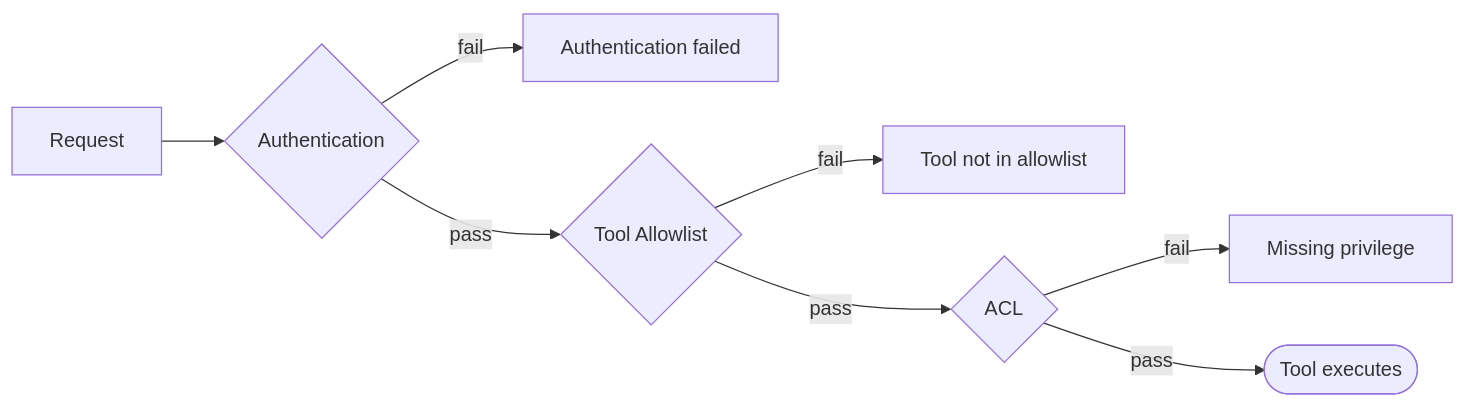
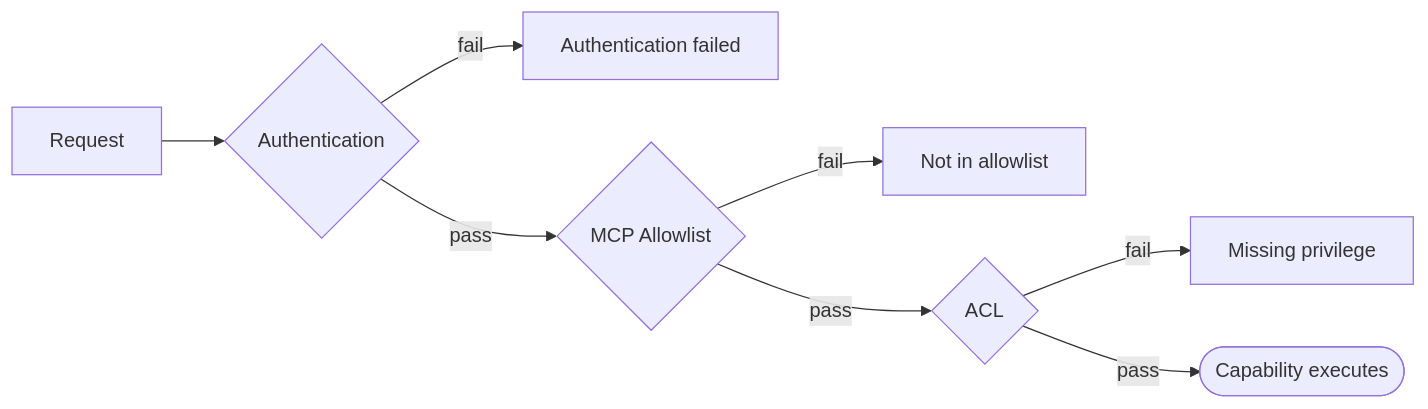
Before and after one commit to shopware/docs: the diagram in guides/development/tooling/mcp-server/troubleshooting.md, drawn with Mermaid. The commit also changed other lines of this file and 10 other files, not shown here.

First line of the commit message:
docs(mcp): align allowlist docs and screenshots with capability-based UI

````diff
--- a/guides/development/tooling/mcp-server/troubleshooting.md
+++ b/guides/development/tooling/mcp-server/troubleshooting.md
@@ -132,10 +146,10 @@
 ```mermaid
 flowchart LR
     A[Request] --> B{Authentication}
     B -- fail --> E1["Authentication failed"]
-    B -- pass --> C{Tool Allowlist}
-    C -- fail --> E2["Tool not in allowlist"]
+    B -- pass --> C{MCP Allowlist}
+    C -- fail --> E2["Not in allowlist"]
     C -- pass --> D{ACL}
     D -- fail --> E3["Missing privilege"]
-    D -- pass --> F([Tool executes])
+    D -- pass --> F([Capability executes])
 ```
````
